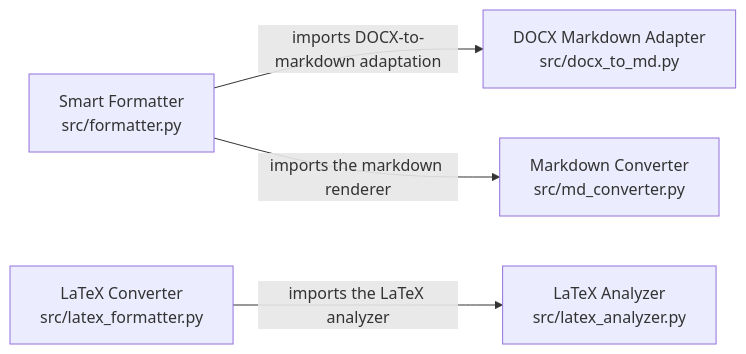
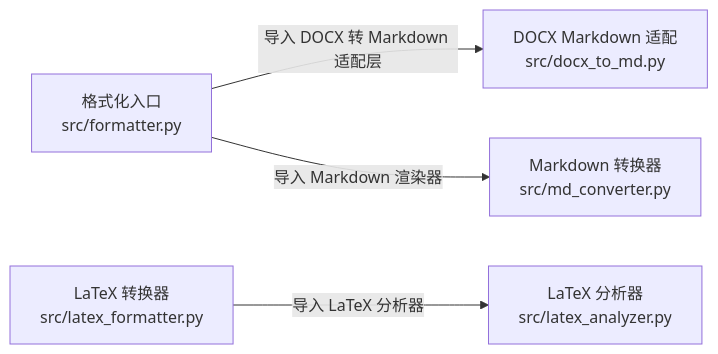
Before and after one commit to rayL-K/ToDOCX: the diagram in .omm/dependency-map/converter-modules/diagram.mmd, drawn with Mermaid. The commit also changed 14 other files, not shown here.

Commit message:
将 omm 图面标签切换为中文

```diff
--- a/.omm/dependency-map/converter-modules/diagram.mmd
+++ b/.omm/dependency-map/converter-modules/diagram.mmd
@@ -1,6 +1,6 @@
 graph LR
-    smart-formatter["Smart Formatter\nsrc/formatter.py"]
-    smart-formatter -->|"imports DOCX-to-markdown adaptation"| docx-markdown-adapter["DOCX Markdown Adapter\nsrc/docx_to_md.py"]
-    smart-formatter -->|"imports the markdown renderer"| markdown-converter["Markdown Converter\nsrc/md_converter.py"]
-    latex-converter["LaTeX Converter\nsrc/latex_formatter.py"]
-    latex-converter -->|"imports the LaTeX analyzer"| latex-analyzer["LaTeX Analyzer\nsrc/latex_analyzer.py"]
+    smart-formatter["格式化入口\nsrc/formatter.py"]
+    smart-formatter -->|"导入 DOCX 转 Markdown 适配层"| docx-markdown-adapter["DOCX Markdown 适配\nsrc/docx_to_md.py"]
+    smart-formatter -->|"导入 Markdown 渲染器"| markdown-converter["Markdown 转换器\nsrc/md_converter.py"]
+    latex-converter["LaTeX 转换器\nsrc/latex_formatter.py"]
+    latex-converter -->|"导入 LaTeX 分析器"| latex-analyzer["LaTeX 分析器\nsrc/latex_analyzer.py"]
```
